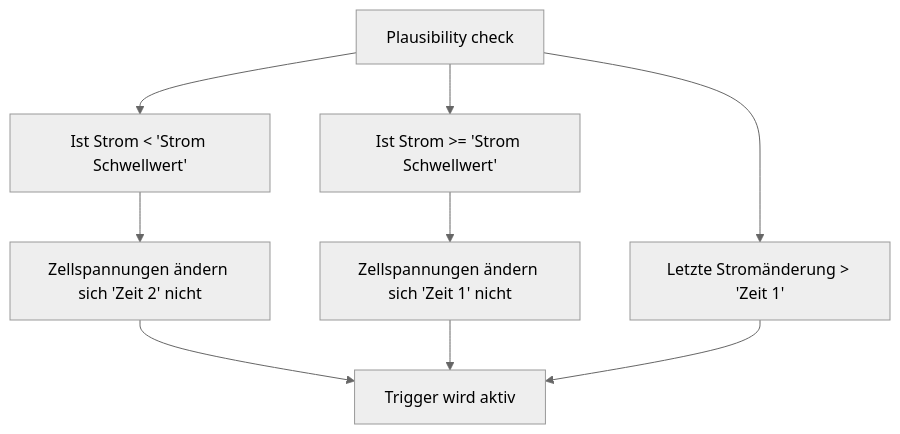
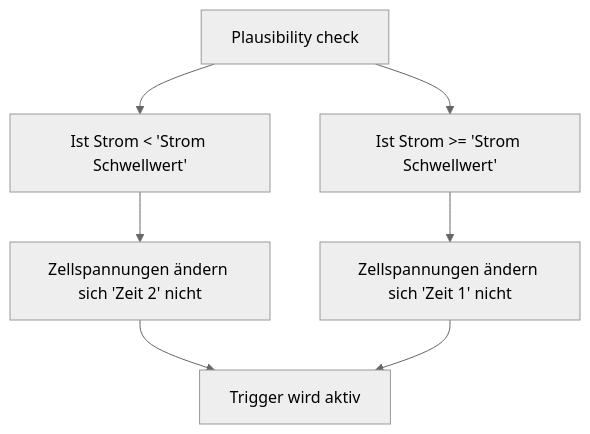
The diagram in docs/settings_bsc.md (bsc-org/bsc), drawn with Mermaid (neutral theme) before and after one commit. The commit also changed 1 other file, not shown here.

Commit message:
Update Plausibility check

````diff
--- a/docs/settings_bsc.md
+++ b/docs/settings_bsc.md
@@ -125,11 +125,9 @@
 ```mermaid
 flowchart TD
 	n1["Plausibility check"] --> n7["Ist Strom &lt; 'Strom Schwellwert'"]
 	n7 --> n8["Zellspannungen ändern sich 'Zeit 2' nicht"]
 	n8 --> n4["Trigger wird aktiv"]
 	n1 --> n6["Ist Strom >= 'Strom Schwellwert'"]
 	n6 --> n10["Zellspannungen ändern sich 'Zeit 1' nicht"]
 	n10 --> n4
-	n1 --> n2["Letzte Stromänderung > 'Zeit 1'"]
-	n2 --> n4
 ```
````
